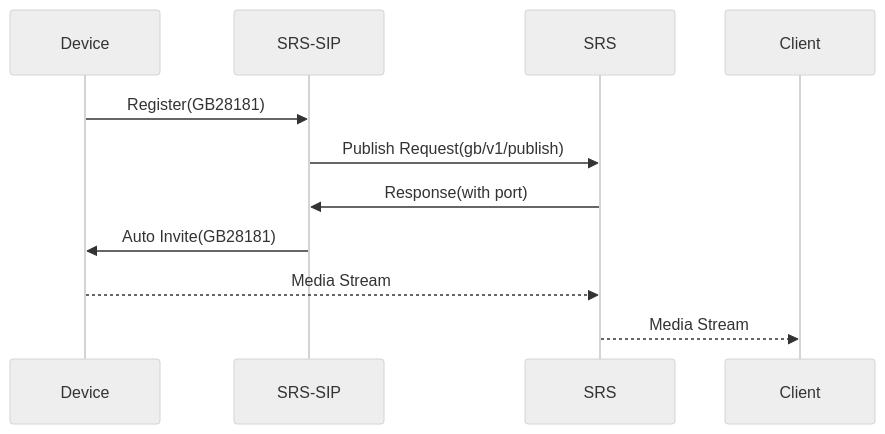
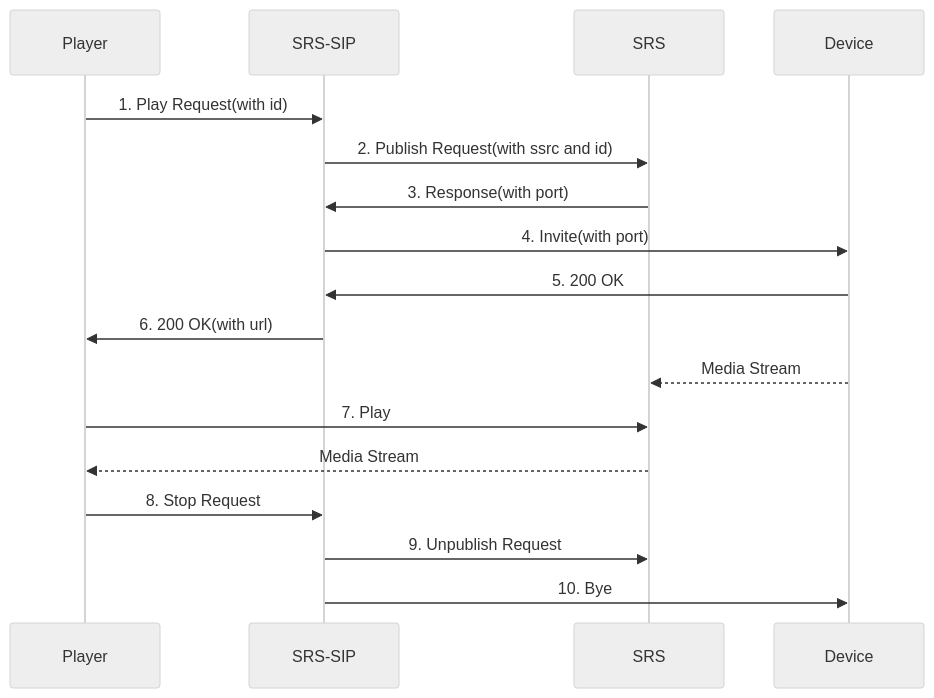
Before and after one commit to ossrs/srs-sip: the diagram in README.md, drawn with Mermaid (neutral theme). The commit also changed other lines of this file, not shown here.

````diff
--- a/README.md
+++ b/README.md
@@ -4,9 +4,15 @@
 ```mermaid
 sequenceDiagram
-    Device ->> SRS-SIP : Register(GB28181)
-    SRS-SIP ->>  SRS : Publish Request(gb/v1/publish)
-    SRS ->> SRS-SIP : Response(with port)
-    SRS-SIP ->>  Device : Auto Invite(GB28181)
+    Player ->> SRS-SIP : 1. Play Request(with id)
+    SRS-SIP ->>  SRS : 2. Publish Request(with ssrc and id)
+    SRS ->> SRS-SIP : 3. Response(with port)
+    SRS-SIP ->>  Device : 4. Invite(with port)
+    Device ->> SRS-SIP : 5. 200 OK
+    SRS-SIP ->> Player : 6. 200 OK(with url)
     Device -->> SRS : Media Stream
-    SRS -->> Client : Media Stream
+    Player ->> SRS : 7. Play
+    SRS -->> Player : Media Stream
+    Player ->> SRS-SIP : 8. Stop Request
+    SRS-SIP ->> SRS : 9. Unpublish Request
+    SRS-SIP ->> Device : 10. Bye
 ```
````
